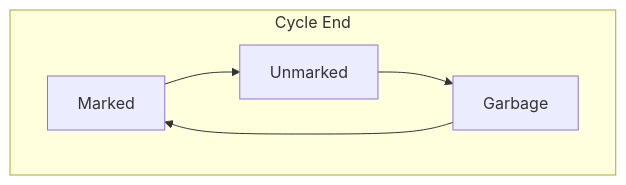
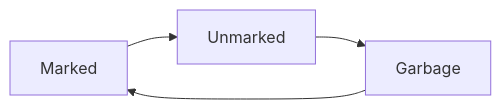
One commit to yminsky/the-saga-of-runtime5 changed the fifth of 7 diagrams in talk-general.md. Above: the diagram before and after it, drawn with Mermaid. The commit also changed other lines of this file and 7 other files, not shown here.

Commit message:
Added heap-marking diagram

````diff
--- a/talk-general.md
+++ b/talk-general.md
@@ -148,9 +128,6 @@
-```mermaid +render +width:50%
-graph TB
-    subgraph "Cycle End"
-        direction LR
-        Marked --> Unmarked
-        Unmarked --> Garbage
-        Garbage --> Marked
-    end
+```mermaid +render +width:60%
+graph LR
+Marked --> Unmarked
+Unmarked --> Garbage
+Garbage --> Marked
 ```
````
